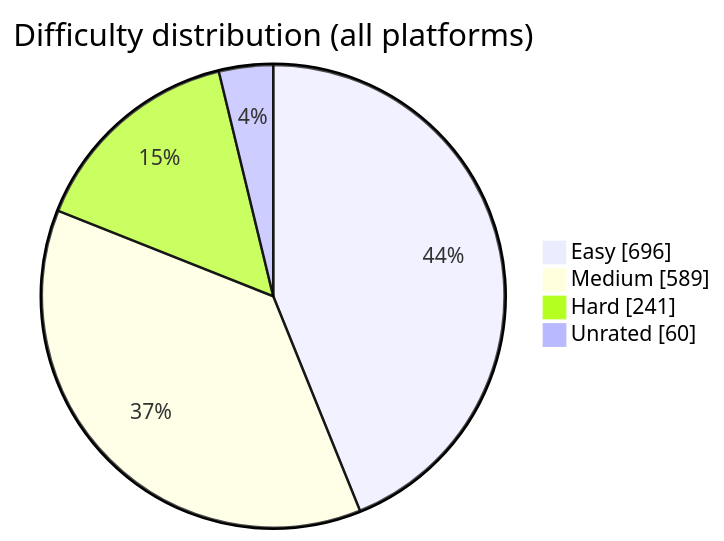
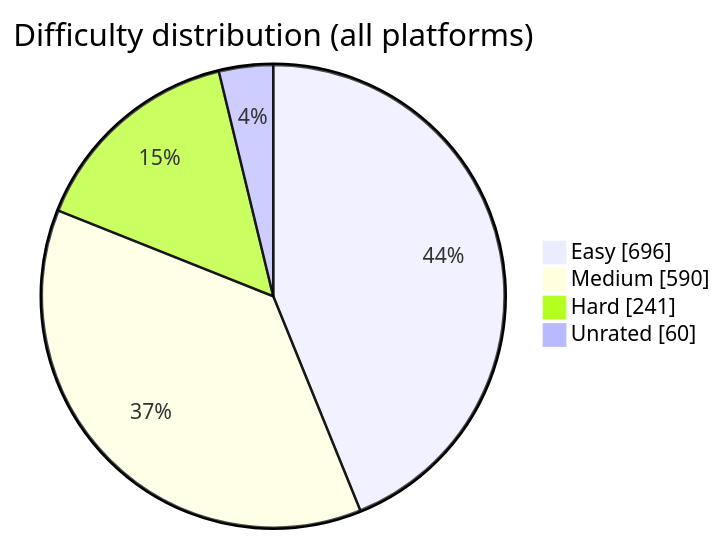
The diagram in README.md (BuildbyArindam/Daily-Coding-Log), drawn with Mermaid before and after one commit. The commit also changed other lines of this file, not shown here.

````diff
--- a/README.md
+++ b/README.md
@@ -93,7 +93,7 @@
 ```mermaid
 pie showData title Difficulty distribution (all platforms)
     "Easy" : 696
-    "Medium" : 589
+    "Medium" : 590
     "Hard" : 241
     "Unrated" : 60
 ```
````
